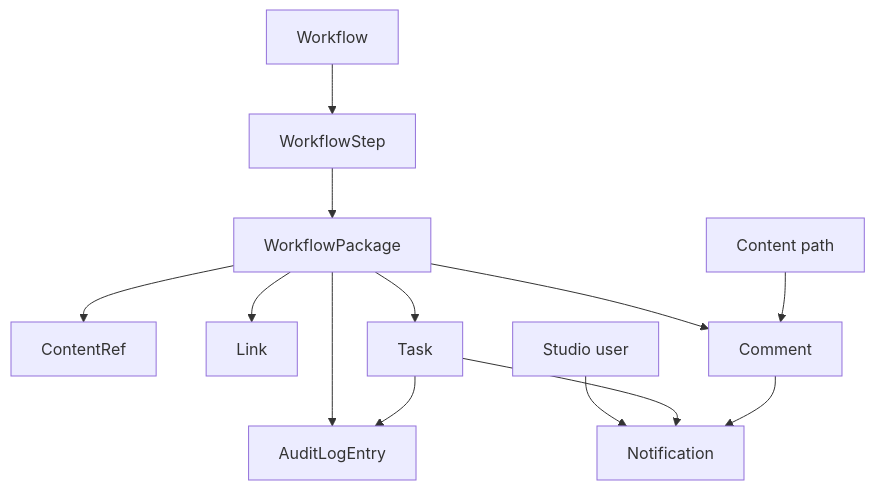
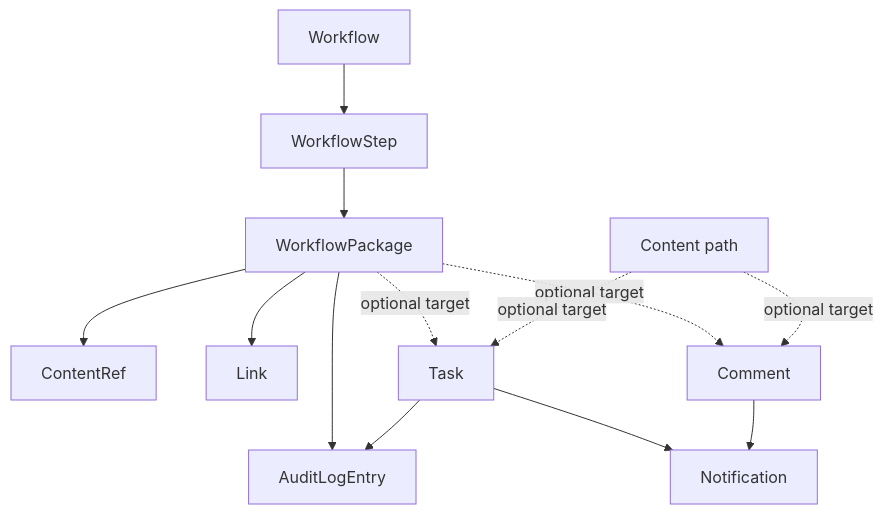
One commit to russdanner/plugin-studio-workflow changed the third of 10 diagrams in docs/ARCHITECTURE_DIAGRAM.md. Above: the diagram before and after it, drawn with Mermaid. The commit also changed other lines of this file and 7 other files, not shown here.

````diff
--- a/docs/ARCHITECTURE_DIAGRAM.md
+++ b/docs/ARCHITECTURE_DIAGRAM.md
@@ -98,16 +100,23 @@
 ```mermaid
 flowchart TB
     W[Workflow]
     W --> WS[WorkflowStep]
     WS --> WP[WorkflowPackage]
     WP --> CR[ContentRef]
     WP --> LK[Link]
-    WP --> CM[Comment]
-    CONTENT[Content path] --> CM
-    WP --> TK[Task]
-    USER[Studio user] --> N[Notification]
+
+    CM[Comment]
+    TK[Task]
+    N[Notification]
+    AL[AuditLogEntry]
+    CONTENT[Content path]
+
+    WP -.->|optional target| CM
+    WP -.->|optional target| TK
+    CONTENT -.->|optional target| CM
+    CONTENT -.->|optional target| TK
     TK --> N
     CM --> N
-    WP --> AL[AuditLogEntry]
+    WP --> AL
     TK --> AL
 ```
````
